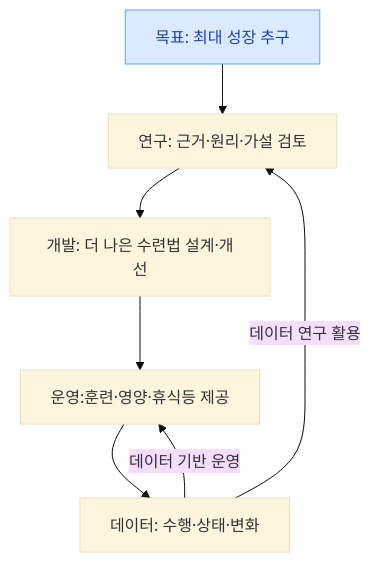
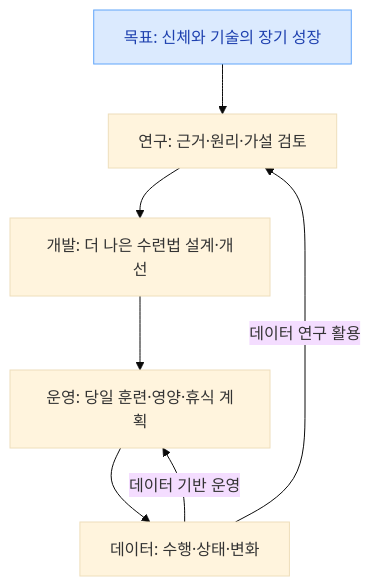
One commit to Rmayana/frontier-research-harness changed the second of 6 diagrams in docs/SPECIFICATION.md. Above: the diagram before and after it, drawn with Mermaid (base theme). The commit also changed other lines of this file, not shown here.

````diff
--- a/docs/SPECIFICATION.md
+++ b/docs/SPECIFICATION.md
@@ -118,21 +113,21 @@
 ```mermaid
 flowchart TD
 
-    B["목표: 최대 성장 추구"]
+    B["목표: 신체와 기술의 장기 성장"]
 
     D["연구: 근거·원리·가설 검토"]
     E["개발: 더 나은 수련법 설계·개선"]
-    F["운영:훈련·영양·휴식등 제공"]
+    F["운영: 당일 훈련·영양·휴식 계획"]
     G["데이터: 수행·상태·변화"]
 
 
 
    B --> D --> E --> F --> G
 
     G -->|"데이터 기반 운영"| F
     G -->|"데이터 연구 활용"| D
 
 
     style B fill:#dbeafe,color:#1e40af,stroke:#60a5fa
 
 ```
````
